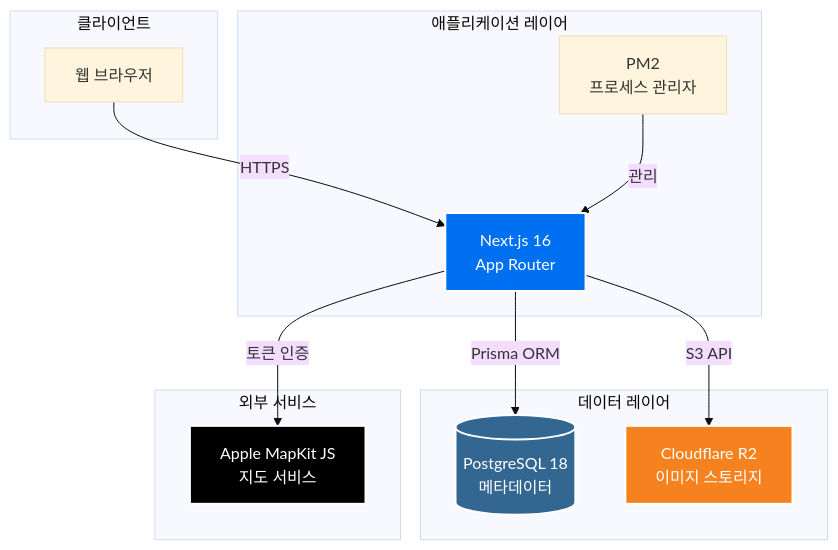
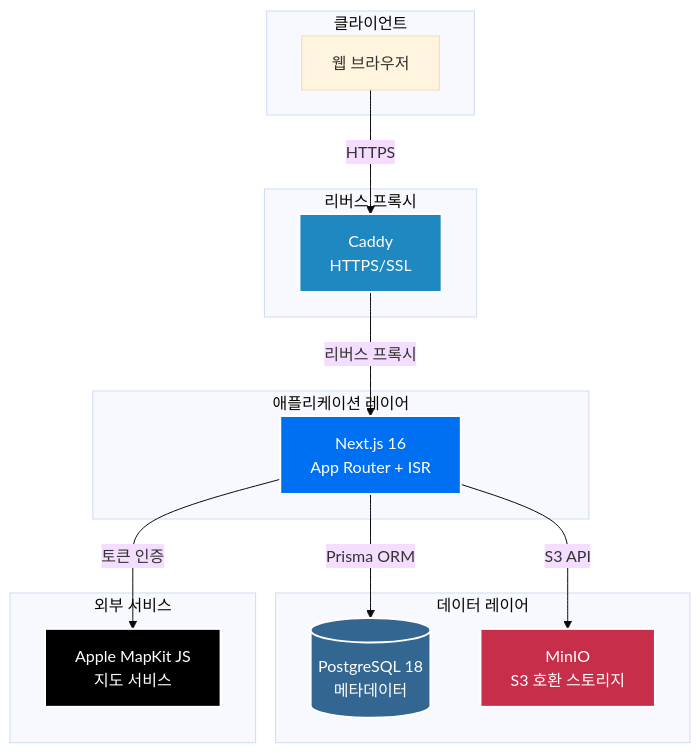
Before and after one commit to jihun-io/gallery: the first of 3 diagrams in README.md, drawn with Mermaid (base theme). The commit also changed other lines of this file, not shown here.

````diff
--- a/README.md
+++ b/README.md
@@ -31,31 +32,35 @@
 ```mermaid
 graph TB
     subgraph "클라이언트"
         Browser[웹 브라우저]
     end
 
+    subgraph "리버스 프록시"
+        Caddy[Caddy<br/>HTTPS/SSL]
+    end
+
     subgraph "애플리케이션 레이어"
-        NextJS[Next.js 16<br/>App Router]
-        PM2[PM2<br/>프로세스 관리자]
+        NextJS[Next.js 16<br/>App Router + ISR]
     end
 
     subgraph "데이터 레이어"
         PostgreSQL[(PostgreSQL 18<br/>메타데이터)]
-        R2[Cloudflare R2<br/>이미지 스토리지]
+        MinIO[MinIO<br/>S3 호환 스토리지]
     end
 
     subgraph "외부 서비스"
         MapKit[Apple MapKit JS<br/>지도 서비스]
     end
 
-    Browser -->|HTTPS| NextJS
+    Browser -->|HTTPS| Caddy
+    Caddy -->|리버스 프록시| NextJS
     NextJS -->|Prisma ORM| PostgreSQL
-    NextJS -->|S3 API| R2
+    NextJS -->|S3 API| MinIO
     NextJS -->|토큰 인증| MapKit
-    PM2 -->|관리| NextJS
 
+    style Caddy fill:#1F88C0,stroke:#fff,stroke-width:2px,color:#fff
     style NextJS fill:#0070f3,stroke:#fff,stroke-width:2px,color:#fff
     style PostgreSQL fill:#336791,stroke:#fff,stroke-width:2px,color:#fff
-    style R2 fill:#f6821f,stroke:#fff,stroke-width:2px,color:#fff
+    style MinIO fill:#C72E49,stroke:#fff,stroke-width:2px,color:#fff
     style MapKit fill:#000,stroke:#fff,stroke-width:2px,color:#fff
 ```
````
